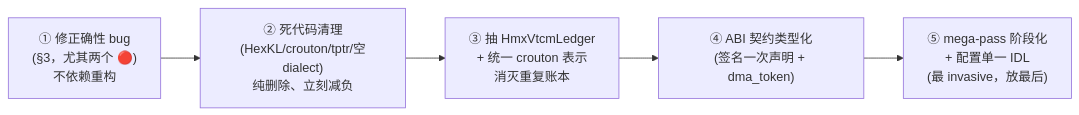
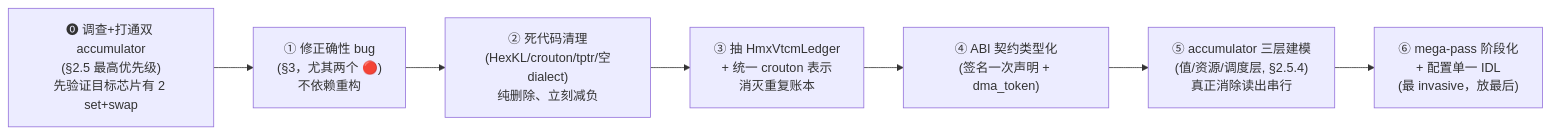
One commit to Dino1844/hexagon-mlir changed the diagram in roadmap/ARCH-REVIEW.md. Above: the diagram before and after it, drawn with Mermaid. The commit also changed other lines of this file, not shown here.

First line of the commit message:
roadmap: ARCH-REVIEW §2.5 — HMX accumulator is under-modeled, not hardware-limited

````diff
--- a/roadmap/ARCH-REVIEW.md
+++ b/roadmap/ARCH-REVIEW.md
@@ -155,7 +235,9 @@
 ```mermaid
 flowchart LR
-    A["① 修正确性 bug<br/>(§3，尤其两个 🔴)<br/>不依赖重构"] --> B["② 死代码清理<br/>(HexKL/crouton/tptr/空dialect)<br/>纯删除、立刻减负"]
-    B --> C["③ 抽 HmxVtcmLedger<br/>+ 统一 crouton 表示<br/>消灭重复账本"]
-    C --> D["④ ABI 契约类型化<br/>(签名一次声明 + dma_token)"]
-    D --> E["⑤ mega-pass 阶段化<br/>+ 配置单一 IDL<br/>(最 invasive，放最后)"]
+    A["⓿ 调查+打通双 accumulator<br/>(§2.5 最高优先级)<br/>先验证目标芯片有 2 set+swap"] --> B["① 修正确性 bug<br/>(§3，尤其两个 🔴)<br/>不依赖重构"]
+    B --> C["② 死代码清理<br/>(HexKL/crouton/tptr/空dialect)<br/>纯删除、立刻减负"]
+    C --> D["③ 抽 HmxVtcmLedger<br/>+ 统一 crouton 表示<br/>消灭重复账本"]
+    D --> E["④ ABI 契约类型化<br/>(签名一次声明 + dma_token)"]
+    E --> F["⑤ accumulator 三层建模<br/>(值/资源/调度层, §2.5.4)<br/>真正消除读出串行"]
+    F --> G["⑥ mega-pass 阶段化<br/>+ 配置单一 IDL<br/>(最 invasive，放最后)"]
 ```
````
